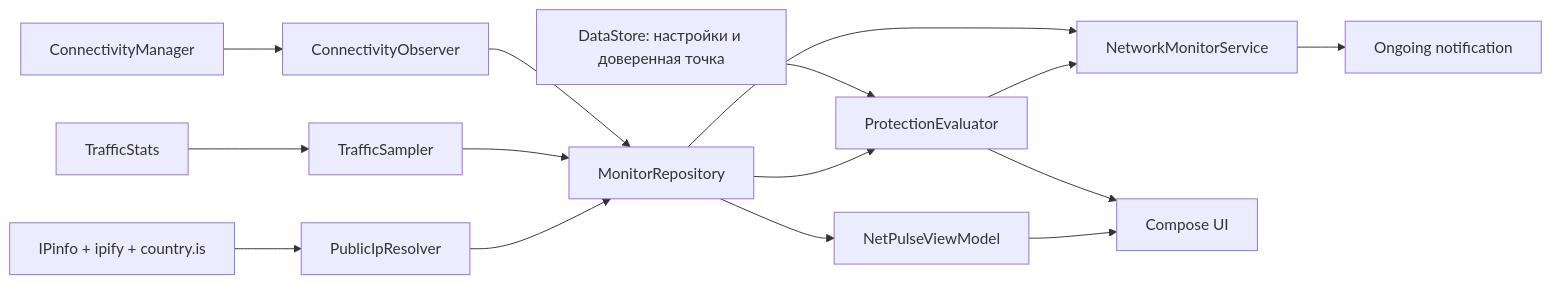
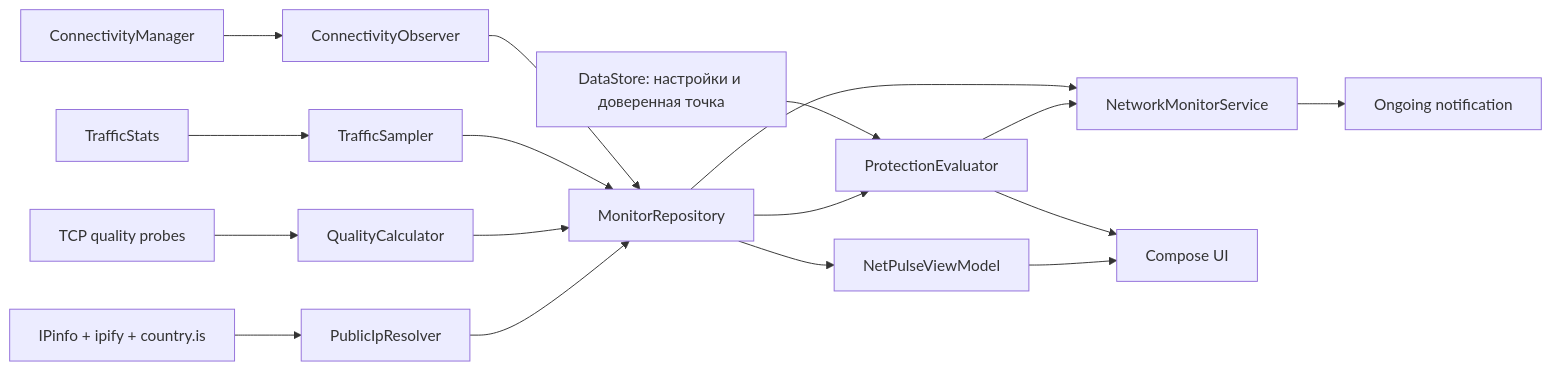
The diagram in docs/ARCHITECTURE.md (yavasilek/netpulse), drawn with Mermaid before and after one commit. The commit also changed other lines of this file and 21 other files, not shown here.

````diff
--- a/docs/ARCHITECTURE.md
+++ b/docs/ARCHITECTURE.md
@@ -9,17 +9,19 @@
 ```mermaid
 flowchart LR
     CM["ConnectivityManager"] --> CO["ConnectivityObserver"]
     TS["TrafficStats"] --> SM["TrafficSampler"]
+    QP["TCP quality probes"] --> QC["QualityCalculator"]
     IP["IPinfo + ipify + country.is"] --> PR["PublicIpResolver"]
     CO --> MR["MonitorRepository"]
     SM --> MR
+    QC --> MR
     PR --> MR
     DS["DataStore: настройки и доверенная точка"] --> PE["ProtectionEvaluator"]
     MR --> PE
     MR --> FGS["NetworkMonitorService"]
     MR --> VM["NetPulseViewModel"]
     PE --> FGS
     PE --> UI
     FGS --> N["Ongoing notification"]
     VM --> UI["Compose UI"]
 ```
````
